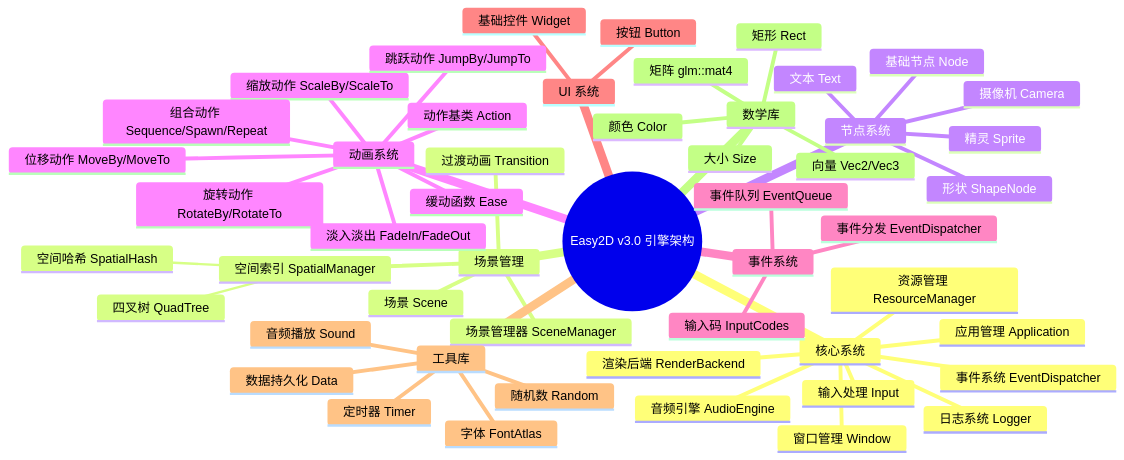
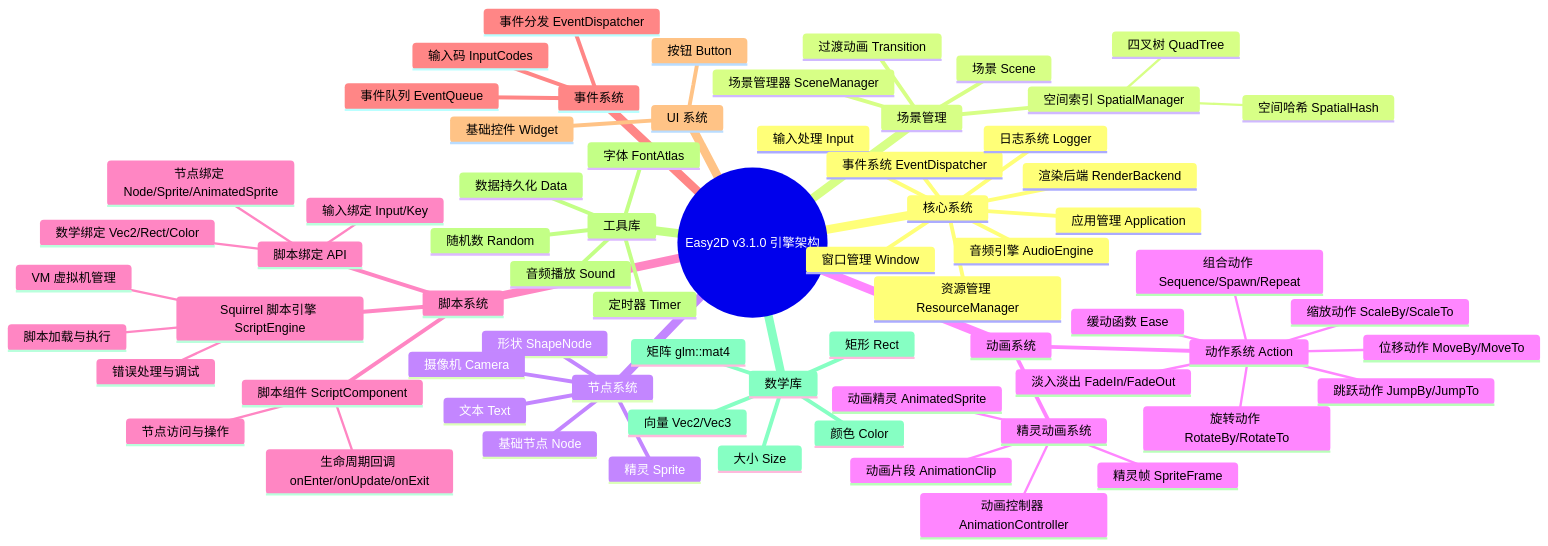
The first of 3 diagrams in README.md (ChestnutYueyue/Easy2D), drawn with Mermaid before and after one commit. The commit also changed other lines of this file and 1 other file, not shown here.

````diff
--- a/README.md
+++ b/README.md
@@ -51,54 +59,71 @@
 ```mermaid
 mindmap
-  root((Easy2D v3.0 引擎架构))
+  root((Easy2D v3.1.0 引擎架构))
     核心系统
       应用管理 Application
       渲染后端 RenderBackend
       窗口管理 Window
       输入处理 Input
       音频引擎 AudioEngine
       资源管理 ResourceManager
       事件系统 EventDispatcher
       日志系统 Logger
     场景管理
       场景 Scene
       场景管理器 SceneManager
       过渡动画 Transition
       空间索引 SpatialManager
         四叉树 QuadTree
         空间哈希 SpatialHash
     节点系统
       基础节点 Node
       精灵 Sprite
       文本 Text
       形状 ShapeNode
       摄像机 Camera
     动画系统
-      动作基类 Action
-      位移动作 MoveBy/MoveTo
-      缩放动作 ScaleBy/ScaleTo
-      旋转动作 RotateBy/RotateTo
-      淡入淡出 FadeIn/FadeOut
-      跳跃动作 JumpBy/JumpTo
-      组合动作 Sequence/Spawn/Repeat
-      缓动函数 Ease
+      动作系统 Action
+        位移动作 MoveBy/MoveTo
+        缩放动作 ScaleBy/ScaleTo
+        旋转动作 RotateBy/RotateTo
+        淡入淡出 FadeIn/FadeOut
+        跳跃动作 JumpBy/JumpTo
+        组合动作 Sequence/Spawn/Repeat
+        缓动函数 Ease
+      精灵动画系统
+        动画精灵 AnimatedSprite
+        动画片段 AnimationClip
+        动画控制器 AnimationController
+        精灵帧 SpriteFrame
+    脚本系统
+      Squirrel 脚本引擎 ScriptEngine
+        VM 虚拟机管理
+        脚本加载与执行
+        错误处理与调试
+      脚本组件 ScriptComponent
+        生命周期回调 onEnter/onUpdate/onExit
+        节点访问与操作
+      脚本绑定 API
+        节点绑定 Node/Sprite/AnimatedSprite
+        输入绑定 Input/Key
+        数学绑定 Vec2/Rect/Color
     事件系统
       事件队列 EventQueue
       事件分发 EventDispatcher
       输入码 InputCodes
     UI 系统
       基础控件 Widget
       按钮 Button
     工具库
       音频播放 Sound
       数据持久化 Data
       随机数 Random
       定时器 Timer
       字体 FontAtlas
     数学库
       向量 Vec2/Vec3
       矩形 Rect
       大小 Size
       颜色 Color
       矩阵 glm::mat4
 ```
````
